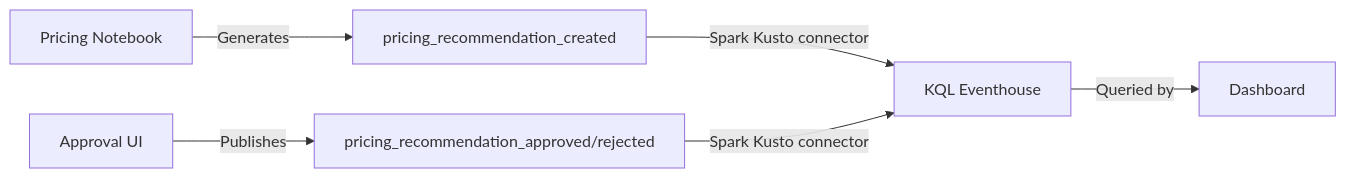
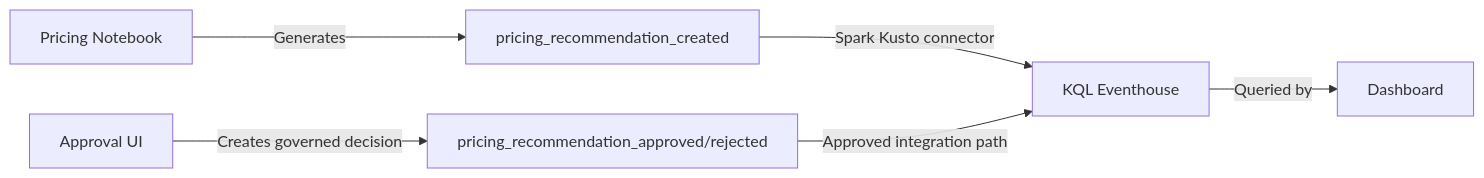
The diagram in fabric/dashboards/PRICING_APPROVAL_DASHBOARD.md (amattas/retail-demo), drawn with Mermaid before and after one commit. The commit also changed other lines of this file and 47 other files, not shown here.

````diff
--- a/fabric/dashboards/PRICING_APPROVAL_DASHBOARD.md
+++ b/fabric/dashboards/PRICING_APPROVAL_DASHBOARD.md
@@ -347,8 +356,8 @@
 ```mermaid
 graph LR
     A[Pricing Notebook] -->|Generates| B[pricing_recommendation_created]
     B -->|Spark Kusto connector| E[KQL Eventhouse]
     E -->|Queried by| F[Dashboard]
-    G[Approval UI] -->|Publishes| H[pricing_recommendation_approved/rejected]
-    H -->|Spark Kusto connector| E
+    G[Approval UI] -->|Creates governed decision| H[pricing_recommendation_approved/rejected]
+    H -->|Approved integration path| E
 ```
````
